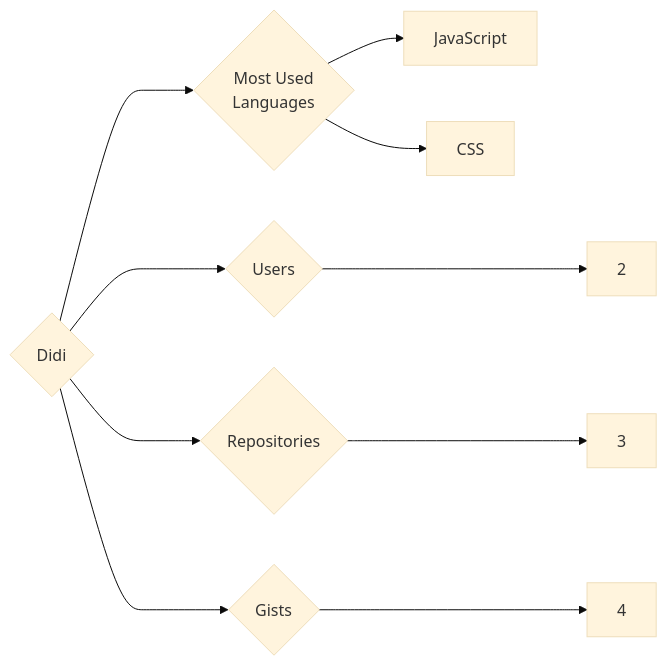
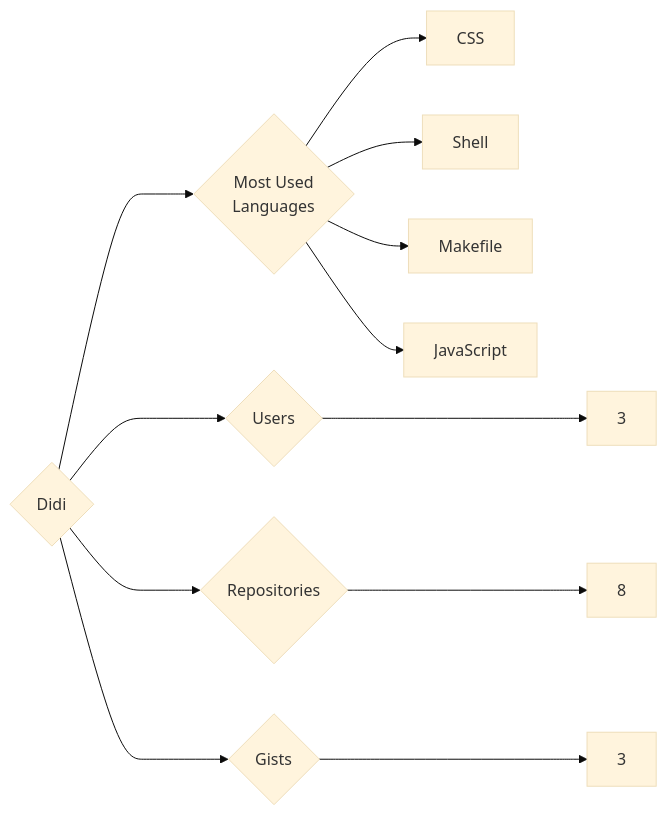
Before and after one commit to trickest/insiders: the diagram in targets/Didi/README.md, drawn with Mermaid (base theme). The commit also changed 1003 other files, not shown here.

````diff
--- a/targets/Didi/README.md
+++ b/targets/Didi/README.md
@@ -3,10 +3,12 @@
 ```mermaid
 graph LR
 COMPANY_NAME{Didi}
-COMPANY_NAME ---> U{Users} ---> UN[2]
-COMPANY_NAME ---> R{Repositories} ---> RN[3]
-COMPANY_NAME ---> G{Gists} ---> GN[4]
+COMPANY_NAME ---> U{Users} ---> UN[3]
+COMPANY_NAME ---> R{Repositories} ---> RN[8]
+COMPANY_NAME ---> G{Gists} ---> GN[3]
 COMPANY_NAME ---> ML{Most Used<br>Languages}
+ML --> CSS[CSS]
+ML --> Shell[Shell]
+ML --> Makefile[Makefile]
 ML --> JavaScript[JavaScript]
-ML --> CSS[CSS]
 ```
````
